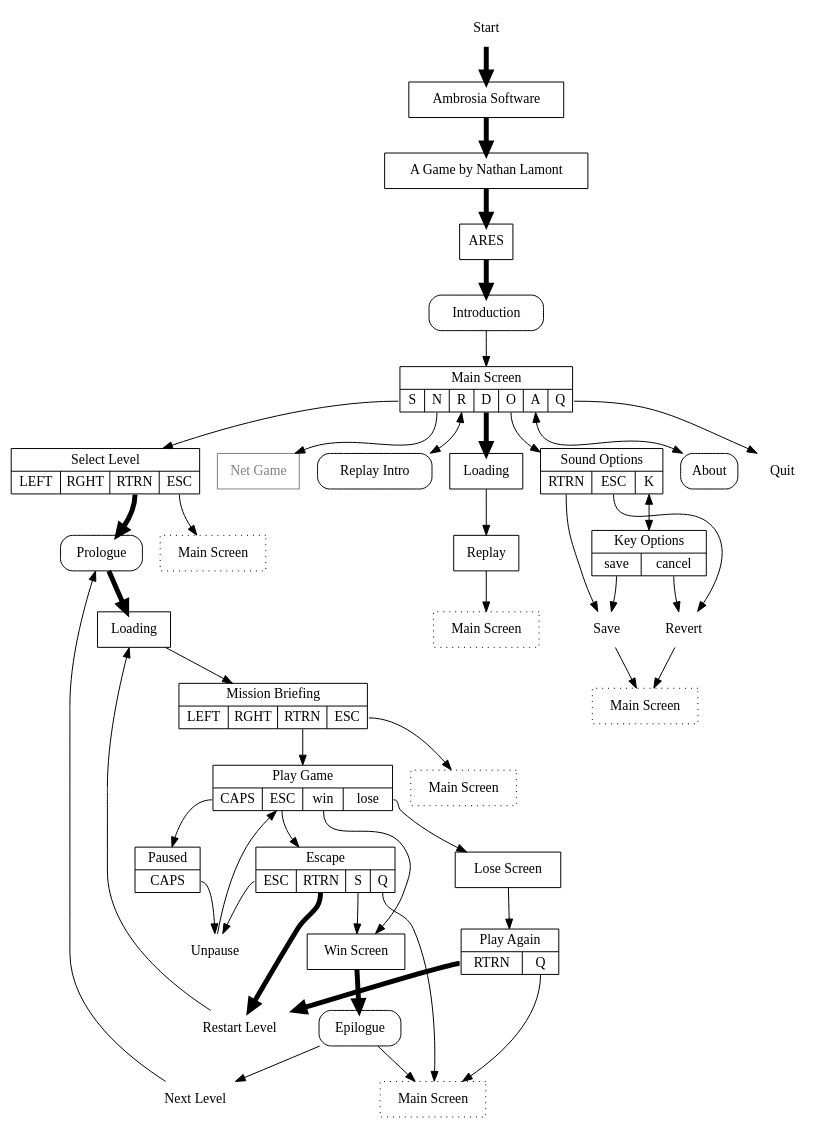
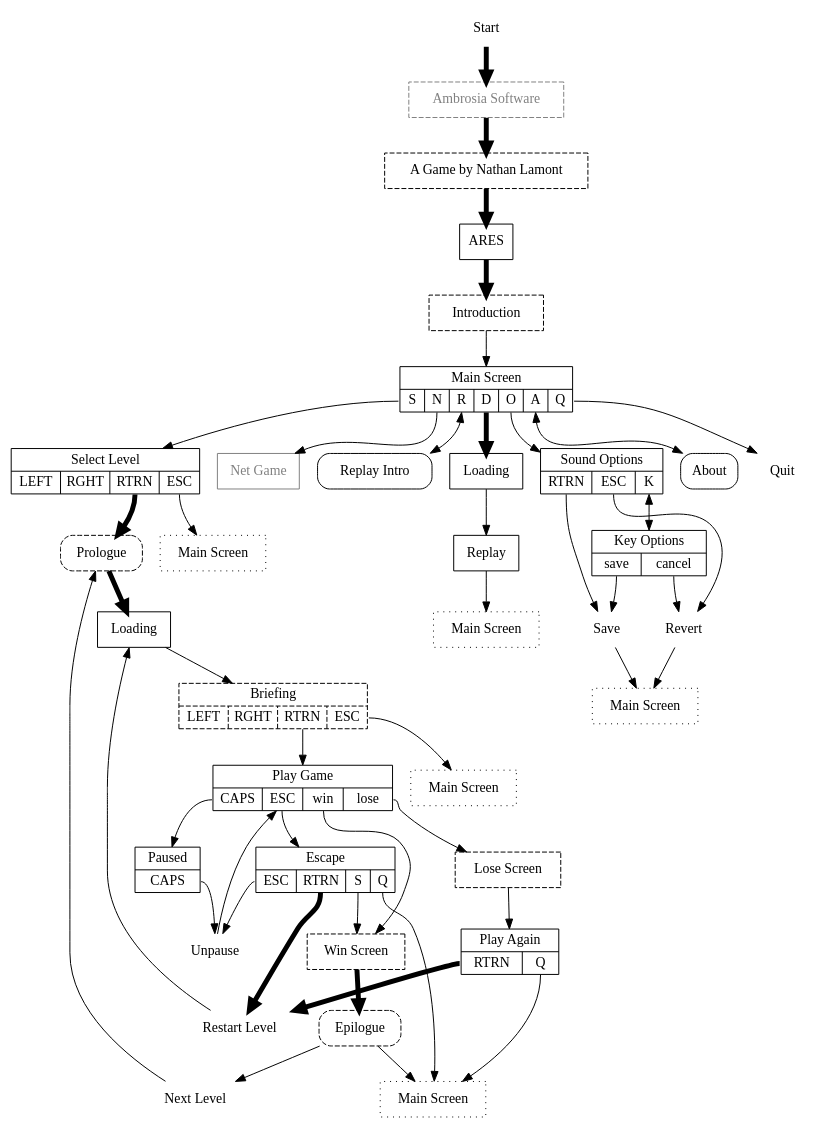
One commit to arescentral/antares changed the diagram in doc/interface.dot. Above: the diagram before and after it, drawn with Graphviz. The commit also changed 1 other file, not shown here.

Commit message:
Mark skippable items in interface flowchart

```diff
--- a/doc/interface.dot
+++ b/doc/interface.dot
@@ -1,103 +1,103 @@
 digraph G {
     fontname = "Inconsolata";
     node [fontname="Inconsolata", shape="box"];
     edge [fontname="Inconsolata"];
 
     start [shape="none", label="Start"];
-    publisher [label="Ambrosia Software"];
-    developer [label="A Game by Nathan Lamont"];
+    publisher [label="Ambrosia Software", style="dashed", color="gray", fontcolor="gray"];
+    developer [label="A Game by Nathan Lamont", style="dashed"];
     splash [label="ARES"];
-    intro [label="Introduction", style="rounded"];
+    intro [label="Introduction", style="rounded", style="dashed"];
     start -> publisher -> developer -> splash -> intro [penwidth="5"];
     intro -> main;
 
     main [shape="record", label="{Main Screen|{<s>S|<n>N|<r>R|<d>D|<o>O|<a>A|<q>Q}}"];
 
     select_level [shape="record", label="{Select Level|{LEFT|RGHT|<rtrn>RTRN|<esc>ESC}}"];
     select_level_cancel [label="Main Screen", style="dotted"];
     main:s -> select_level;
     select_level:rtrn -> prologue [penwidth="5"];
     select_level:esc -> select_level_cancel;
 
-    prologue [label="Prologue", style="rounded"];
+    prologue [label="Prologue", style="rounded,dashed"];
     loading_single [label="Loading"];
-    briefing [shape="record" label="{Mission Briefing|{LEFT|RGHT|<rtrn>RTRN|<esc>ESC}}"];
+    briefing [shape="record" label="{Briefing|{LEFT|RGHT|<rtrn>RTRN|<esc>ESC}}", style="dashed"];
     briefing_cancel [label="Main Screen", style="dotted"];
     prologue -> loading_single [penwidth="5"];
     loading_single -> briefing;
     briefing:rtrn -> game;
     briefing:esc -> briefing_cancel;
 
     game [shape="record", label="{Play Game|{<caps>CAPS|<esc>ESC|<win>win|<lose>lose}}"];
     game:caps -> paused;
     game:esc -> escape;
     game:win -> win;
     game:lose -> lose;
 
     paused [shape="record", label="{Paused|<caps>CAPS}"];
     paused:caps -> unpause;
 
     escape [shape="record", label="{Escape|{<esc>ESC|<rtrn>RTRN|<s>S|<q>Q}}"];
     escape:esc -> unpause;
     escape:rtrn -> restart_level [penwidth="5"];
     escape:s -> win;
     escape:q -> game_done;
 
     unpause [label="Unpause", shape="none"];
     unpause -> game;
 
-    lose [label="Lose Screen"];
+    lose [label="Lose Screen", style="dashed"];
     lose -> play_again;
 
     play_again [shape="record", label="{Play Again|{<rtrn>RTRN|<q>Q}}"];
     play_again:rtrn -> restart_level [penwidth="5"];
     play_again:q -> game_done;
 
-    win [label="Win Screen"];
-    epilogue [label="Epilogue", style="rounded"];
+    win [label="Win Screen", style="dashed"];
+    epilogue [label="Epilogue", style="rounded,dashed"];
     win -> epilogue [penwidth="5"];
     epilogue -> next_level;
     epilogue -> game_done;
 
     main:n -> net_game;
     net_game [label="Net Game", color="gray", fontcolor="gray"];
 
     replay_intro [label="Replay Intro", style="rounded"];
     main:r -> replay_intro [dir="both"];
 
     loading_demo [label="Loading"];
     replay [label="Replay"];
     replay_done [label="Main Screen", style="dotted"];
     main:d -> loading_demo [penwidth="5"];
     loading_demo -> replay -> replay_done;
 
     sound [shape="record", label="{Sound Options|{<rtrn>RTRN|<esc>ESC|<k>K}}"];
     main:o -> sound;
     sound:rtrn -> save_options;
     sound:esc -> revert_options;
     sound:k -> keys [dir="both"];
 
     keys [shape="record", label="{Key Options|{<save>save|<cancel>cancel}}"];
     keys:save -> save_options;
     keys:cancel -> revert_options;
 
     save_options [label="Save", shape="none"];
     revert_options [label="Revert", shape="none"];
     options_done [label="Main Screen", style="dotted"];
     save_options -> options_done;
     revert_options -> options_done;
 
     about [label="About", style="rounded"];
     main:a -> about [dir="both"];
 
     quit [shape="none", label="Quit"];
     main:q -> quit;
 
     restart_level [label="Restart Level", shape="none"];
     restart_level -> loading_single;
 
     next_level [label="Next Level", shape="none"];
     next_level -> prologue;
 
     game_done [label="Main Screen", style="dotted"];
 }
```
